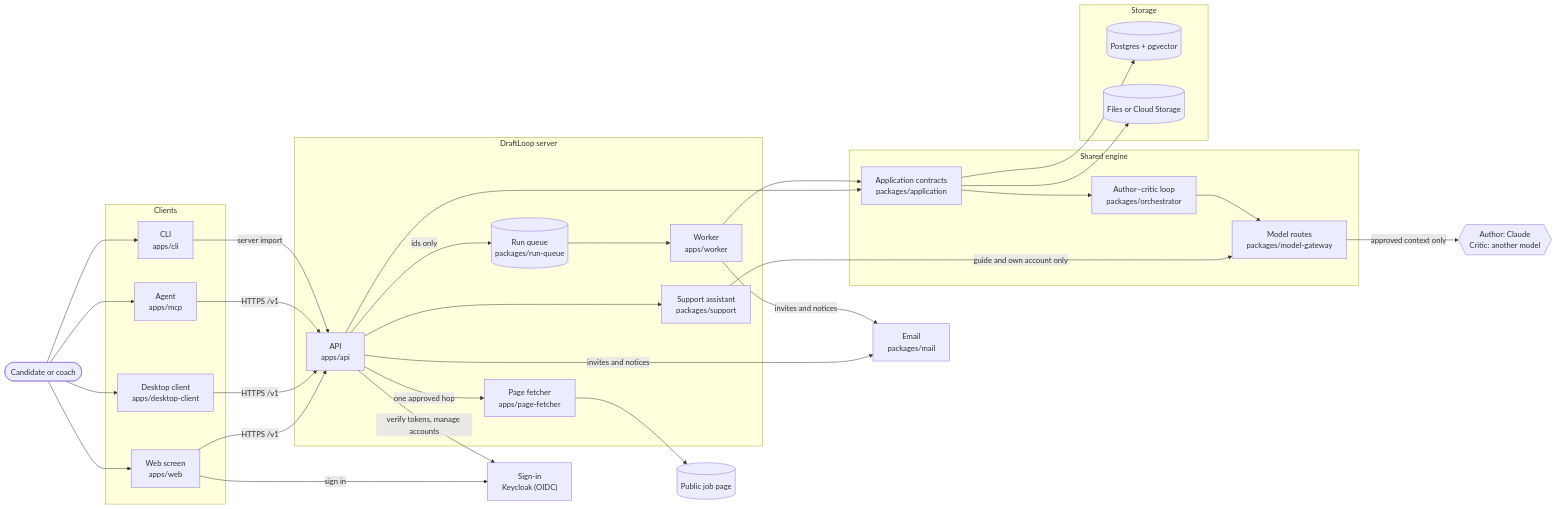
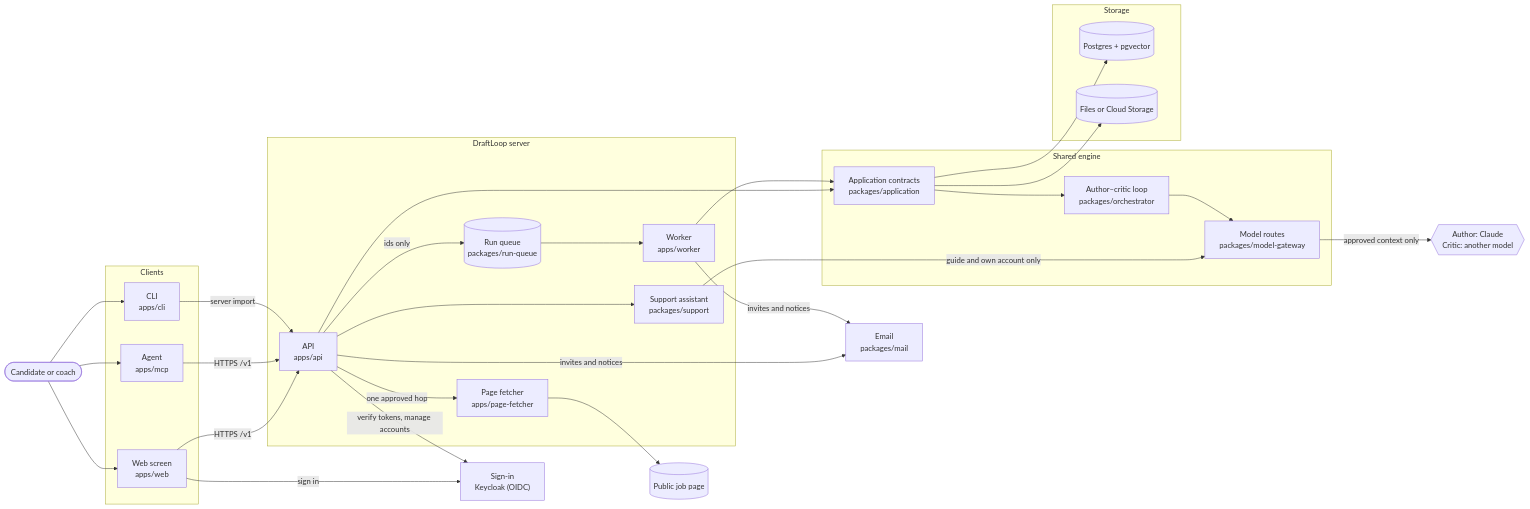
Before and after one commit to akoita/draft-loop: the first of 5 diagrams in docs/architecture/overview.md, drawn with Mermaid. The commit also changed other lines of this file and 11 other files, not shown here.

First line of the commit message:
Take the desktop app out of the diagrams and drop local-first wording

````diff
--- a/docs/architecture/overview.md
+++ b/docs/architecture/overview.md
@@ -47,54 +47,53 @@
 ```mermaid
 flowchart LR
   person([Candidate or coach])
 
   subgraph clients [Clients]
     web["Web screen<br/>apps/web"]
-    desk["Desktop client<br/>apps/desktop-client"]
     agent["Agent<br/>apps/mcp"]
     cli["CLI<br/>apps/cli"]
   end
 
   subgraph server [DraftLoop server]
     api["API<br/>apps/api"]
     support["Support assistant<br/>packages/support"]
     queue[("Run queue<br/>packages/run-queue")]
     worker["Worker<br/>apps/worker"]
     fetcher["Page fetcher<br/>apps/page-fetcher"]
   end
 
   subgraph engine [Shared engine]
     app["Application contracts<br/>packages/application"]
     orch["Author–critic loop<br/>packages/orchestrator"]
     gw["Model routes<br/>packages/model-gateway"]
   end
 
   subgraph data [Storage]
     pg[("Postgres + pgvector")]
     blobs[("Files or Cloud Storage")]
   end
 
   models{{"Author: Claude<br/>Critic: another model"}}
   jobpage[(Public job page)]
   idp["Sign-in<br/>Keycloak (OIDC)"]
   mail["Email<br/>packages/mail"]
 
-  person --> web & desk & agent & cli
-  web & desk & agent -->|HTTPS /v1| api
+  person --> web & agent & cli
+  web & agent -->|HTTPS /v1| api
   web -->|sign in| idp
   api -->|verify tokens, manage accounts| idp
   api --> support
   support -->|guide and own account only| gw
   api & worker -->|invites and notices| mail
   cli -->|server import| api
   api --> app
   api -->|ids only| queue
   queue --> worker
   worker --> app
   app --> orch
   orch --> gw
   gw -->|approved context only| models
   app --> pg & blobs
   api -->|one approved hop| fetcher
   fetcher --> jobpage
 ```
````
